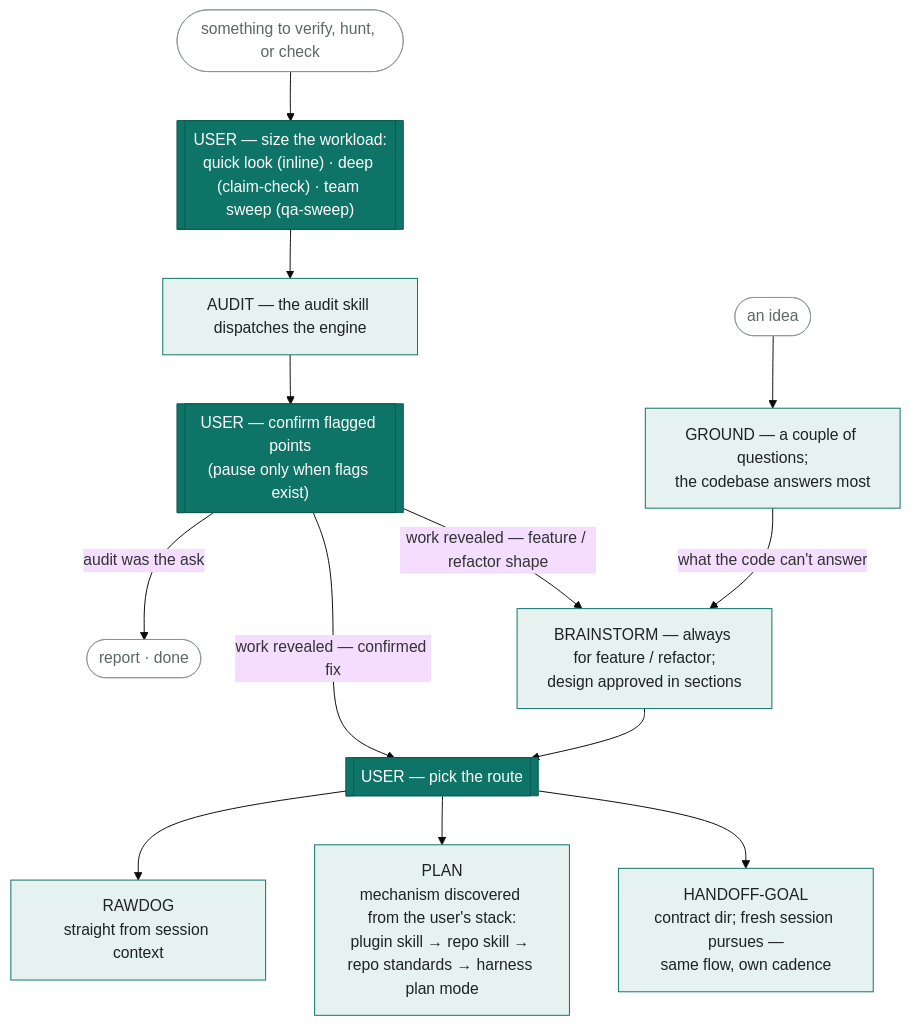
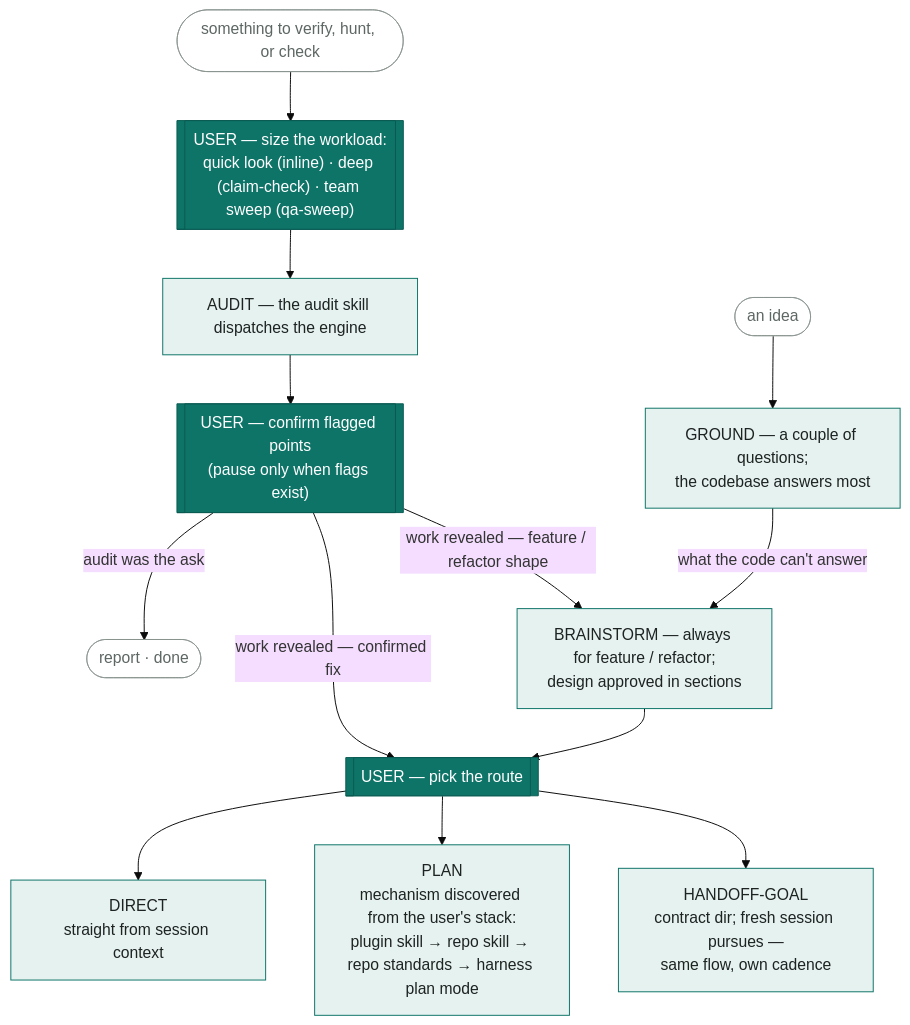
Before and after one commit to giostriquer/workshop: the first of 2 diagrams in docs/workbench-flow.md, drawn with Mermaid (base theme). The commit also changed 15 other files, not shown here.

First line of the commit message:
feat: route rename "rawdog" -> "direct"; route gate asks structured (workbench 0.20.4)

````diff
--- a/docs/workbench-flow.md
+++ b/docs/workbench-flow.md
@@ -16,22 +16,22 @@
 ```mermaid
 flowchart TD
     classDef gate fill:#0e7468,stroke:#0a5c52,color:#ffffff
     classDef stage fill:#e6f2f0,stroke:#0e7468,color:#1d2321
     classDef term fill:none,stroke:#8a948f,color:#5d6763
 
     A0([something to verify, hunt, or check]):::term --> A1
     A1[["USER — size the workload:<br/>quick look (inline) · deep (claim-check) · team sweep (qa-sweep)"]]:::gate
     A1 --> A2["AUDIT — the audit skill dispatches the engine"]:::stage
     A2 --> A3[["USER — confirm flagged points<br/>(pause only when flags exist)"]]:::gate
     A3 -->|audit was the ask| A4([report · done]):::term
     A3 -->|"work revealed — feature / refactor shape"| B2
     A3 -->|"work revealed — confirmed fix"| RG
 
     B0([an idea]):::term --> B1["GROUND — a couple of questions;<br/>the codebase answers most"]:::stage
     B1 -->|what the code can't answer| B2["BRAINSTORM — always for feature / refactor;<br/>design approved in sections"]:::stage
     B2 --> RG[["USER — pick the route"]]:::gate
 
-    RG --> R1["RAWDOG<br/>straight from session context"]:::stage
+    RG --> R1["DIRECT<br/>straight from session context"]:::stage
     RG --> R2["PLAN<br/>mechanism discovered from the user's stack:<br/>plugin skill → repo skill → repo standards → harness plan mode"]:::stage
     RG --> R3["HANDOFF-GOAL<br/>contract dir; fresh session pursues —<br/>same flow, own cadence"]:::stage
 ```
````
